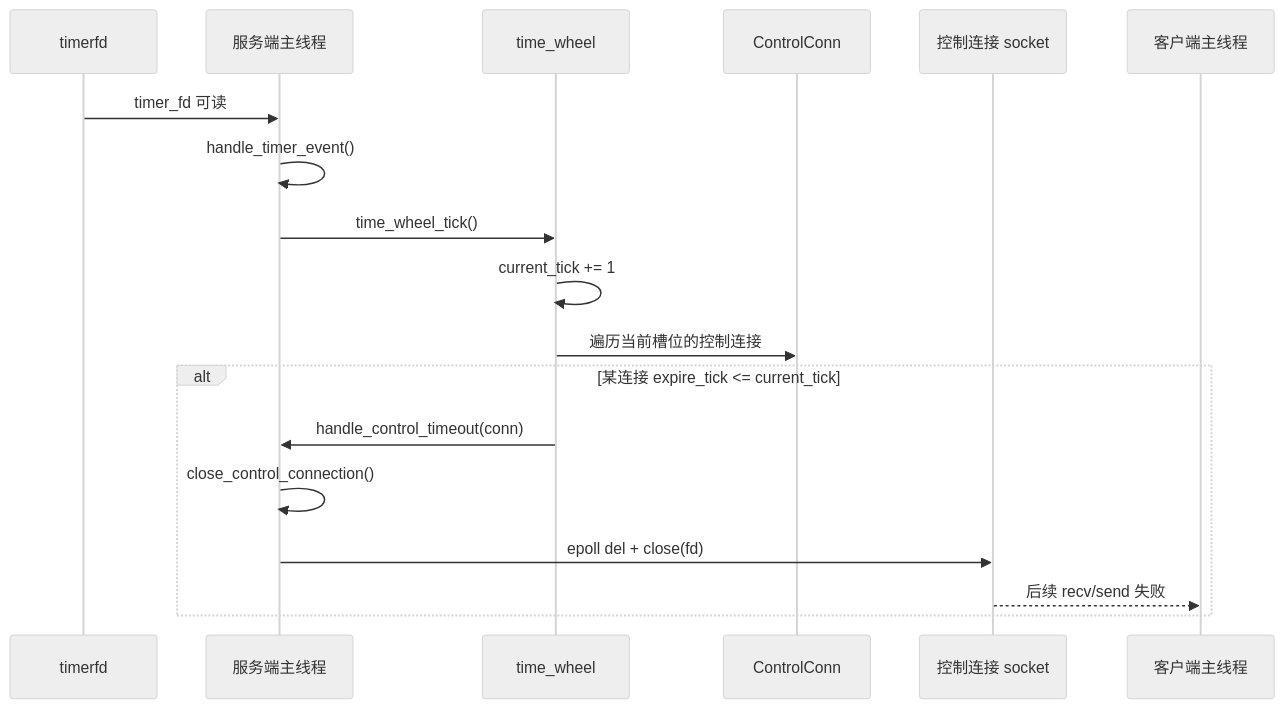
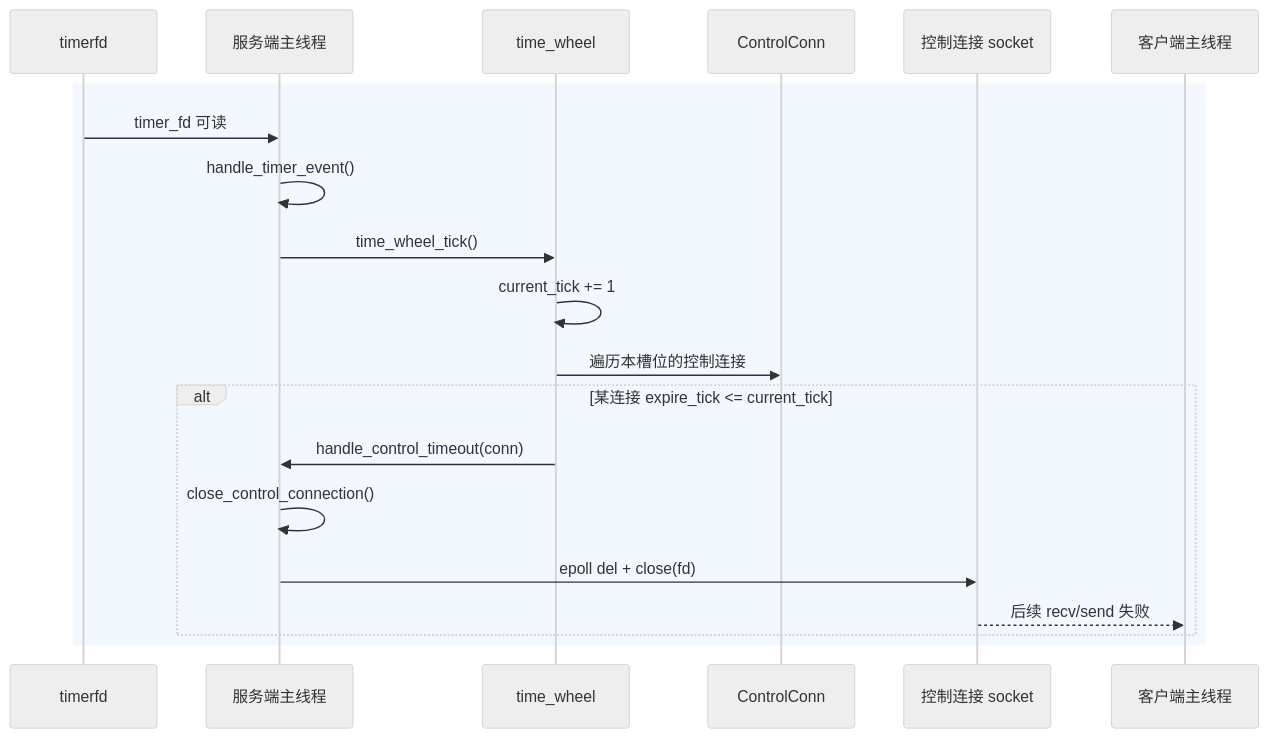
One commit to panlong-studio/WindCloud_V4 changed diagram 13 of 14 in docs/V5全流程时序图详解.md. Above: the diagram before and after it, drawn with Mermaid (neutral theme). The commit also changed other lines of this file and 5 other files, not shown here.

````diff
--- a/docs/V5全流程时序图详解.md
+++ b/docs/V5全流程时序图详解.md
@@ -849,21 +889,23 @@
 ```mermaid
 sequenceDiagram
     participant Timer as timerfd
     participant SMain as 服务端主线程
     participant Wheel as time_wheel
     participant Conn as ControlConn
     participant CtrlConn as 控制连接 socket
     participant CMain as 客户端主线程
 
+    rect rgba(220, 235, 255, 0.35)
     Timer->>SMain: timer_fd 可读
     SMain->>SMain: handle_timer_event()
     SMain->>Wheel: time_wheel_tick()
     Wheel->>Wheel: current_tick += 1
-    Wheel->>Conn: 遍历当前槽位的控制连接
+    Wheel->>Conn: 遍历本槽位的控制连接
     alt 某连接 expire_tick <= current_tick
         Wheel->>SMain: handle_control_timeout(conn)
         SMain->>SMain: close_control_connection()
         SMain->>CtrlConn: epoll del + close(fd)
         CtrlConn-->>CMain: 后续 recv/send 失败
     end
+    end
 ```
````
